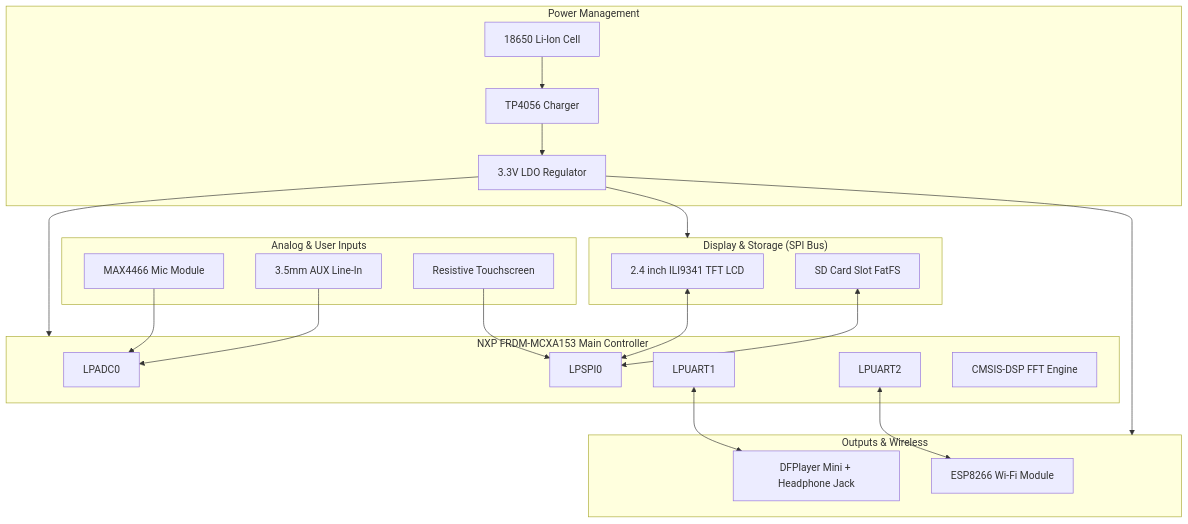
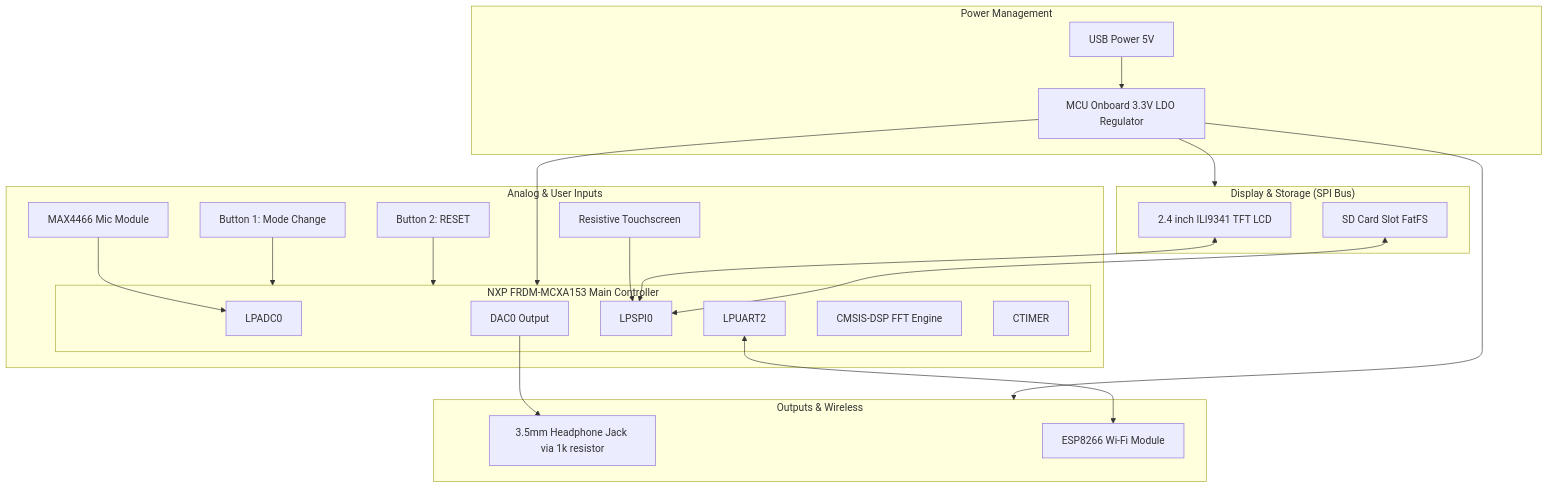
One commit to adrianvancea16/mcxa153-touch-audio-workstation changed the second of 2 diagrams in project_documentation.md. Above: the diagram before and after it, drawn with Mermaid. The commit also changed other lines of this file and 7 other files, not shown here.

````diff
--- a/project_documentation.md
+++ b/project_documentation.md
@@ -86,35 +86,36 @@
 ```mermaid
 flowchart TD
     subgraph PowerSystem["Power Management"]
-        BATT[18650 Li-Ion Cell] --> TP[TP4056 Charger]
-        TP --> REG[3.3V LDO Regulator]
+        USB[USB Power 5V] --> REG[MCU Onboard 3.3V LDO Regulator]
     end
 
     subgraph MCUCore["NXP FRDM-MCXA153 Main Controller"]
         ADC[LPADC0]
+        DAC[DAC0 Output]
         SPI[LPSPI0]
-        UART1[LPUART1]
         UART2[LPUART2]
         DSP[CMSIS-DSP FFT Engine]
+        CTIMER[CTIMER]
     end
 
     subgraph Inputs["Analog & User Inputs"]
         MIC[MAX4466 Mic Module] --> ADC
-        AUX[3.5mm AUX Line-In] --> ADC
         TOUCH[Resistive Touchscreen] --> SPI
+        BTN1[Button 1: Mode Change] --> MCUCore
+        BTN2[Button 2: RESET] --> MCUCore
     end
 
     subgraph DisplayStorage["Display & Storage (SPI Bus)"]
         TFT[2.4 inch ILI9341 TFT LCD] <--> SPI
         SD[SD Card Slot FatFS] <--> SPI
     end
 
     subgraph OutputsComms["Outputs & Wireless"]
-        UART1 <--> DFP[DFPlayer Mini + Headphone Jack]
+        DAC --> JACK[3.5mm Headphone Jack via 1k resistor]
         UART2 <--> ESP[ESP8266 Wi-Fi Module]
     end
 
     REG --> MCUCore
     REG --> DisplayStorage
     REG --> OutputsComms
 ```
````
